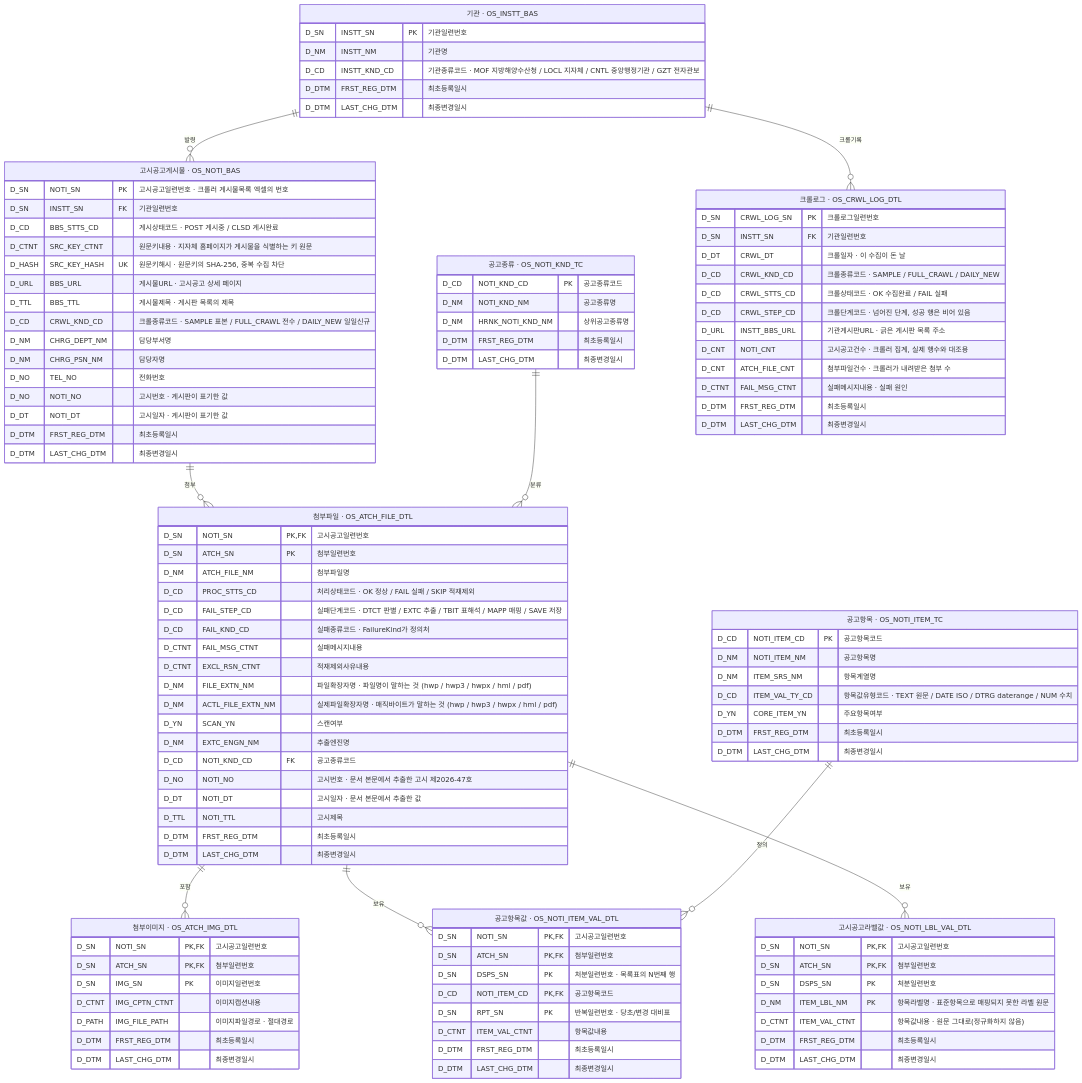
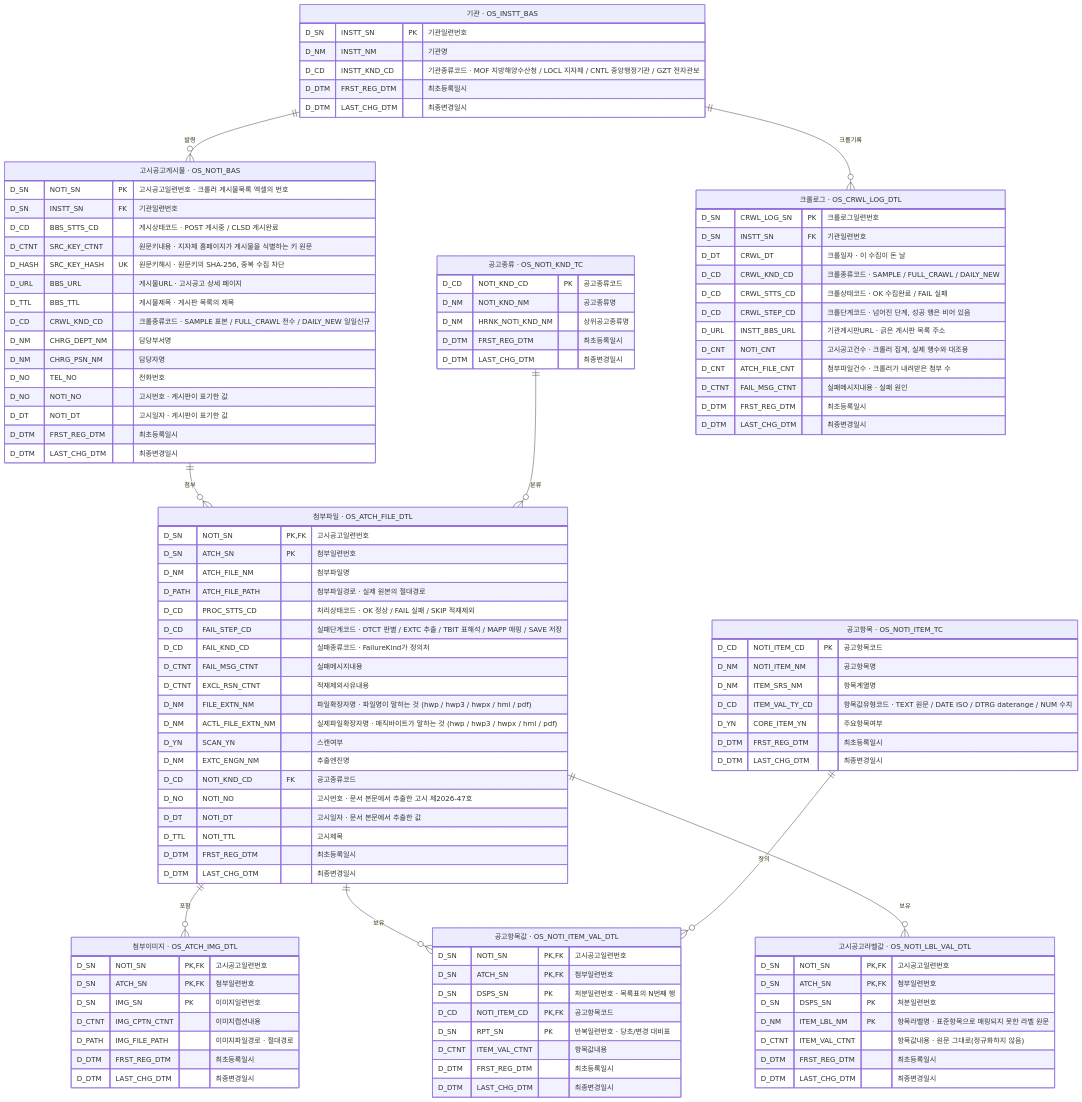
One commit to Team-All4Land/All4Land_java-pipeline changed the diagram in README.md. Above: the diagram before and after it, drawn with Mermaid. The commit also changed other lines of this file and 13 other files, not shown here.

```diff
--- a/README.md
+++ b/README.md
@@ -192,6 +192,7 @@
         D_SN   NOTI_SN            PK,FK "고시공고일련번호"
         D_SN   ATCH_SN            PK    "첨부일련번호"
         D_NM   ATCH_FILE_NM             "첨부파일명"
+        D_PATH ATCH_FILE_PATH           "첨부파일경로 · 실제 원본의 절대경로"
         D_CD   PROC_STTS_CD             "처리상태코드 · OK 정상 / FAIL 실패 / SKIP 적재제외"
         D_CD   FAIL_STEP_CD             "실패단계코드 · DTCT 판별 / EXTC 추출 / TBIT 표해석 / MAPP 매핑 / SAVE 저장"
         D_CD   FAIL_KND_CD              "실패종류코드 · FailureKind가 정의처"
```
